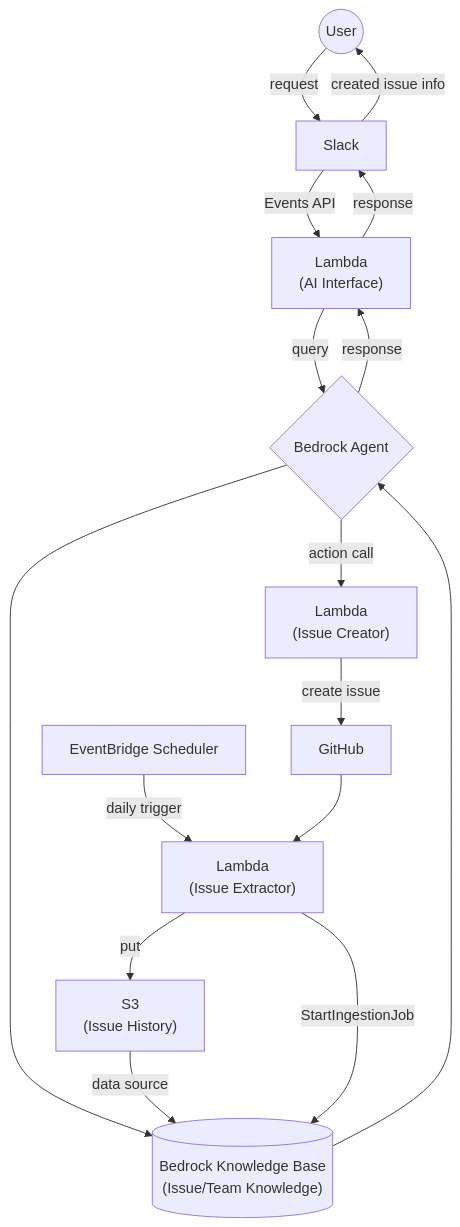
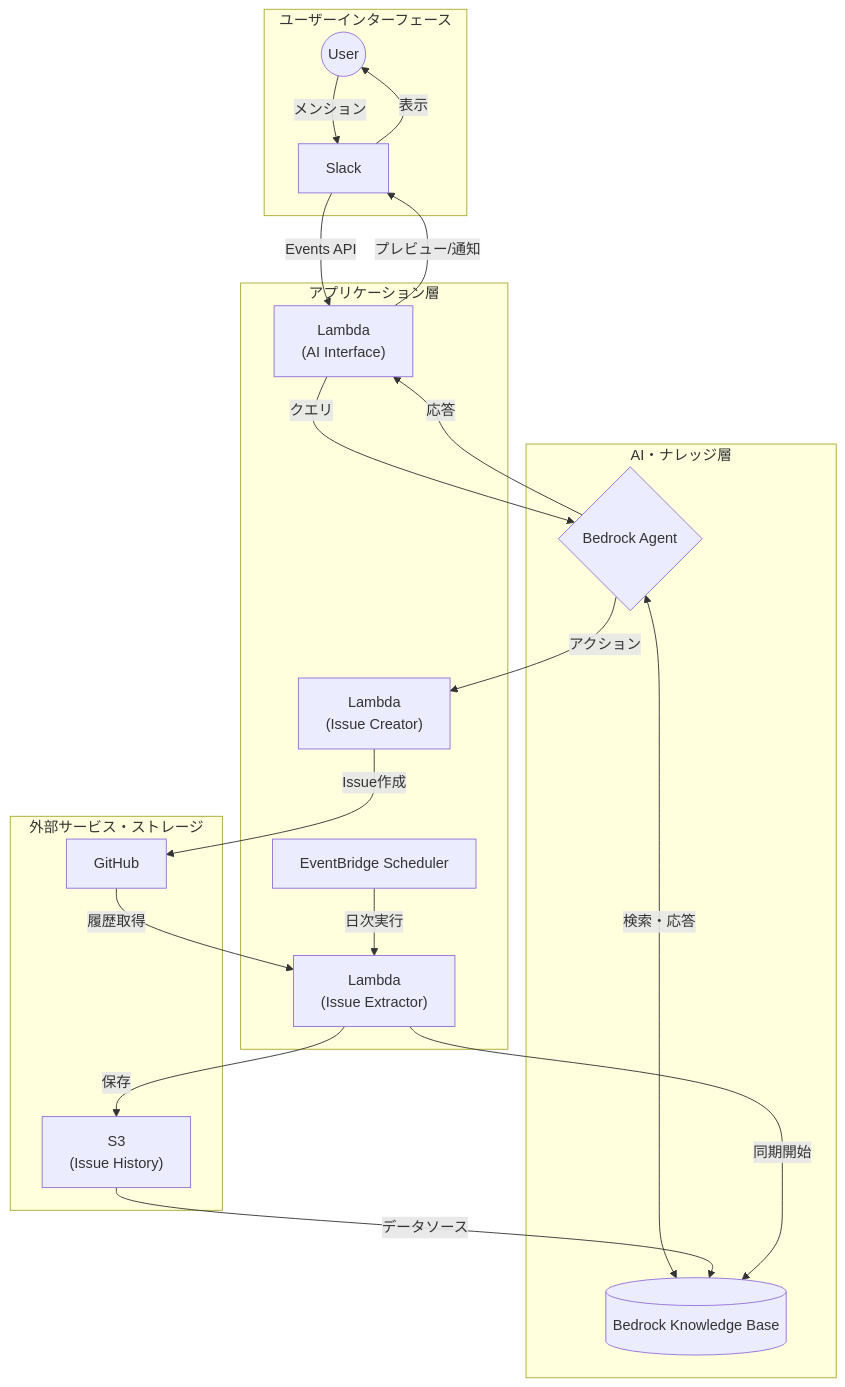
One commit to nangashi/ai-test changed the first of 3 diagrams in DESIGN.md. Above: the diagram before and after it, drawn with Mermaid.

````diff
--- a/DESIGN.md
+++ b/DESIGN.md
@@ -17,19 +17,40 @@
 ```mermaid
-graph TD
-    A((User)) -->|request| B[Slack]
-    B -->|Events API| C["Lambda<br/>(AI Interface)"]
-    C -->|query| D{Bedrock Agent}
-    D --> E[("Bedrock Knowledge Base<br/>(Issue/Team Knowledge)")]
-    E --> D
-    D -->|action call| I["Lambda<br/>(Issue Creator)"]
-    I -->|create issue| F[GitHub]
-    D -->|response| C
-    C -->|response| B
-    B -->|created issue info| A
-
-    H[EventBridge Scheduler] -->|daily trigger| G["Lambda<br/>(Issue Extractor)"]
-    F --> G
-    G -->|put| J["S3<br/>(Issue History)"]
-    J -->|data source| E
-    G -->|StartIngestionJob| E
+graph TB
+    subgraph "ユーザーインターフェース"
+        A((User))
+        B[Slack]
+    end
+    
+    subgraph "アプリケーション層"
+        C["Lambda<br/>(AI Interface)"]
+        I["Lambda<br/>(Issue Creator)"]
+        G["Lambda<br/>(Issue Extractor)"]
+        H[EventBridge Scheduler]
+    end
+    
+    subgraph "AI・ナレッジ層"
+        D{Bedrock Agent}
+        E[("Bedrock Knowledge Base")]
+    end
+    
+    subgraph "外部サービス・ストレージ"
+        F[GitHub]
+        J["S3<br/>(Issue History)"]
+    end
+    
+    A -->|メンション| B
+    B -->|Events API| C
+    C -->|クエリ| D
+    D <-->|検索・応答| E
+    D -->|アクション| I
+    I -->|Issue作成| F
+    D -->|応答| C
+    C -->|プレビュー/通知| B
+    B -->|表示| A
+    
+    H -->|日次実行| G
+    F -->|履歴取得| G
+    G -->|保存| J
+    J -->|データソース| E
+    G -->|同期開始| E
 ```
````
